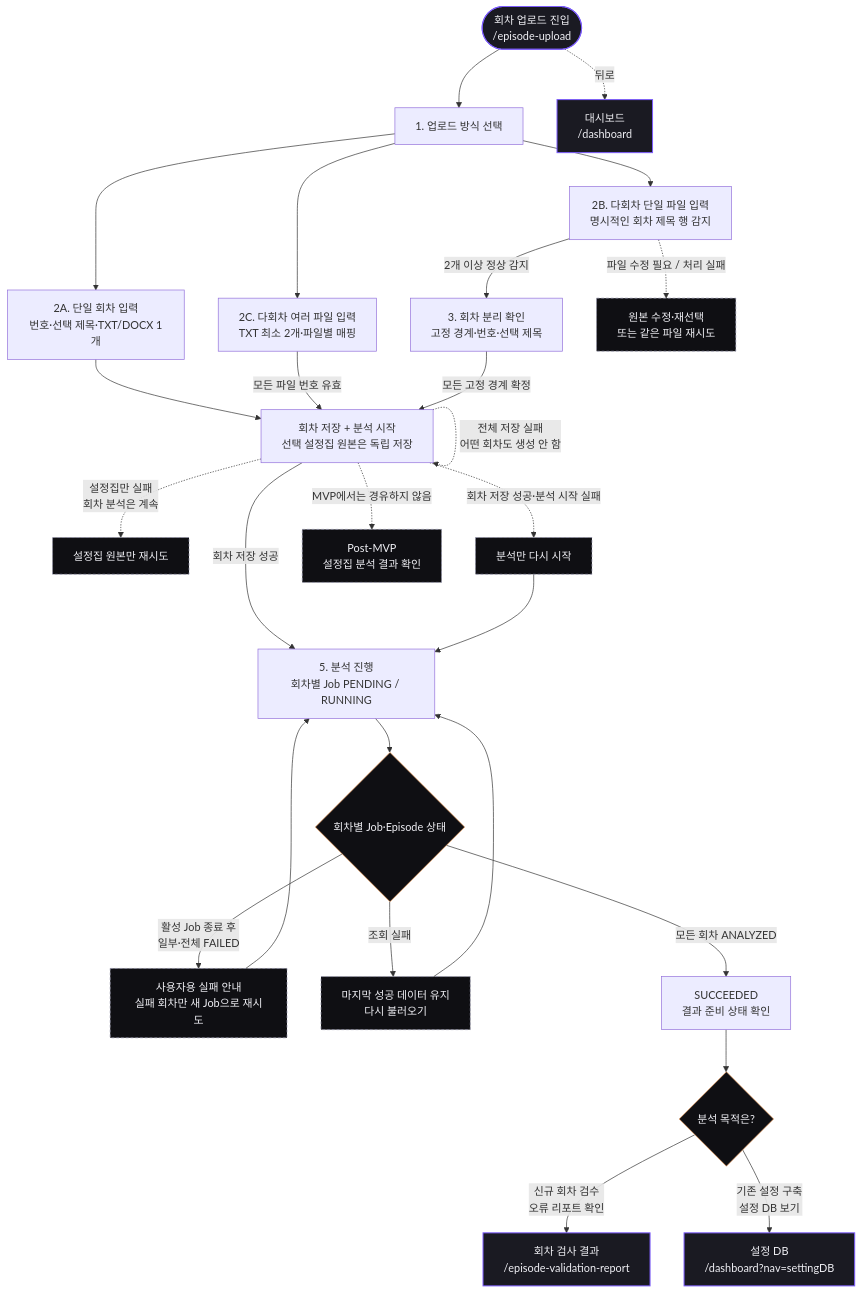
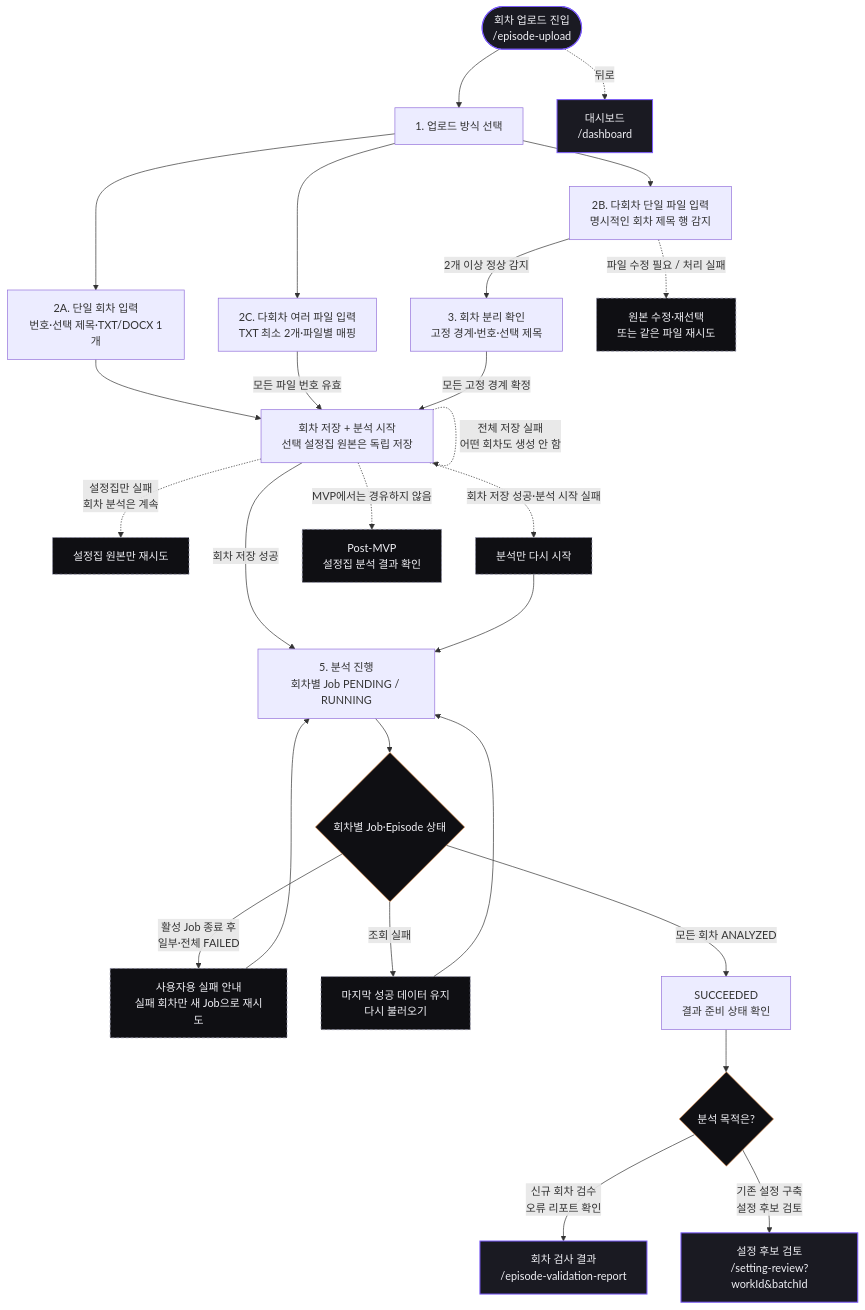
The sixth of 7 diagrams in docs/screen-flow.md (catchhole-soma/catchhole-front), drawn with Mermaid before and after one commit. The commit also changed other lines of this file and 14 other files, not shown here.

First line of the commit message:
feat(setting-review): 업로드 묶음 후보 조회를 연결한다

````diff
--- a/docs/screen-flow.md
+++ b/docs/screen-flow.md
@@ -310,39 +311,39 @@
 ```mermaid
 flowchart TD
   start(["회차 업로드 진입<br/>/episode-upload"]):::private --> mode["1. 업로드 방식 선택"]
 
   mode --> mA["2A. 단일 회차 입력<br/>번호·선택 제목·TXT/DOCX 1개"]
   mode --> mB["2B. 다회차 단일 파일 입력<br/>명시적인 회차 제목 행 감지"]
   mode --> mC["2C. 다회차 여러 파일 입력<br/>TXT 최소 2개·파일별 매핑"]
 
   mB -- "2개 이상 정상 감지" --> bp["3. 회차 분리 확인<br/>고정 경계·번호·선택 제목"]
   mB -. "파일 수정 필요 / 처리 실패" .-> mBState["원본 수정·재선택<br/>또는 같은 파일 재시도"]:::modal
 
   mA --> persist["회차 저장 + 분석 시작<br/>선택 설정집 원본은 독립 저장"]
   mC -- "모든 파일 번호 유효" --> persist
   bp -- "모든 고정 경계 확정" --> persist
 
   persist -- "회차 저장 성공" --> proc["5. 분석 진행<br/>회차별 Job PENDING / RUNNING"]
   persist -. "전체 저장 실패<br/>어떤 회차도 생성 안 함" .-> persist
   persist -. "설정집만 실패<br/>회차 분석은 계속" .-> retrySetting["설정집 원본만 재시도"]:::modal
   persist -. "회차 저장 성공·분석 시작 실패" .-> retryAnalysis["분석만 다시 시작"]:::modal
   retryAnalysis --> proc
 
   proc --> state{"회차별 Job·Episode 상태"}:::decision
   state -- "활성 Job 종료 후<br/>일부·전체 FAILED" --> retry["사용자용 실패 안내<br/>실패 회차만 새 Job으로 재시도"]:::modal --> proc
   state -- "조회 실패" --> reload["마지막 성공 데이터 유지<br/>다시 불러오기"]:::modal --> proc
   state -- "모든 회차 ANALYZED" --> success["SUCCEEDED<br/>결과 준비 상태 확인"]
 
   success --> qPur{"분석 목적은?"}:::decision
   qPur -- "신규 회차 검수<br/>오류 리포트 확인" --> valreport["회차 검사 결과<br/>/episode-validation-report"]:::private
-  qPur -- "기존 설정 구축<br/>설정 DB 보기" --> settingDB["설정 DB<br/>/dashboard?nav=settingDB"]:::private
+  qPur -- "기존 설정 구축<br/>설정 후보 검토" --> review["설정 후보 검토<br/>/setting-review?workId&batchId"]:::private
 
   postMvp["Post-MVP<br/>설정집 분석 결과 확인"]:::modal
   persist -. "MVP에서는 경유하지 않음" .-> postMvp
 
   start -. "뒤로" .-> dashboard["대시보드<br/>/dashboard"]:::private
 
   classDef private fill:#1A1A22,stroke:#7C5CFC,stroke-width:1.5px,color:#F0F0F5;
   classDef modal fill:#0F0F13,stroke:#9090A8,stroke-dasharray:4 3,color:#F0F0F5;
   classDef decision fill:#0F0F13,stroke:#F4A261,color:#F0F0F5;
 ```
````
